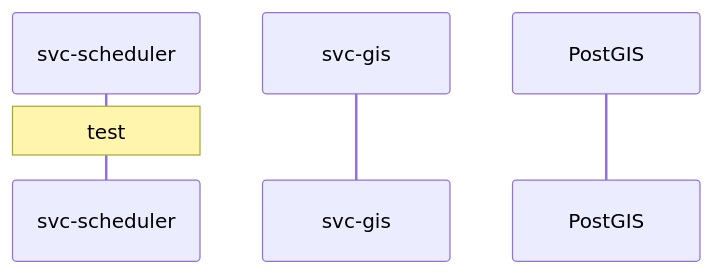
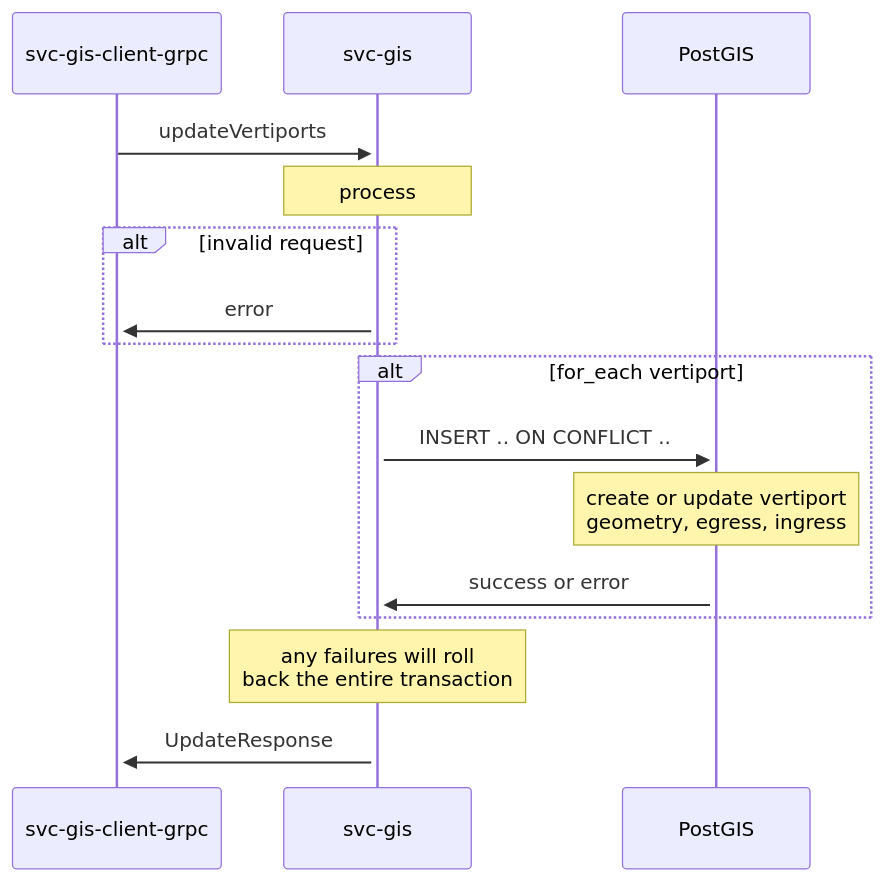
One commit to aetheric-oss/svc-gis changed the first of 6 diagrams in docs/sdd.md. Above: the diagram before and after it, drawn with Mermaid. The commit also changed other lines of this file and 20 other files, not shown here.

````diff
--- a/docs/sdd.md
+++ b/docs/sdd.md
@@ -73,8 +73,23 @@
 ```mermaid
 sequenceDiagram
-    participant client as svc-scheduler
+    participant client as svc-gis-client-grpc
     participant gis as svc-gis
     participant postgis as PostGIS
 
-    note over client: test
+    client->>+gis: updateVertiports
+    note over gis: process
+    alt invalid request
+    gis->>+client: error
+    end
+    
+    alt for_each vertiport
+    gis->>+postgis: INSERT .. ON CONFLICT ..
+    
+    note over postgis: create or update vertiport<br>geometry, egress, ingress
+    postgis->>+gis: success or error
+    end
+
+    note over gis: any failures will roll<br>back the entire transaction
+    
+    gis->>client: UpdateResponse
 ```
````
